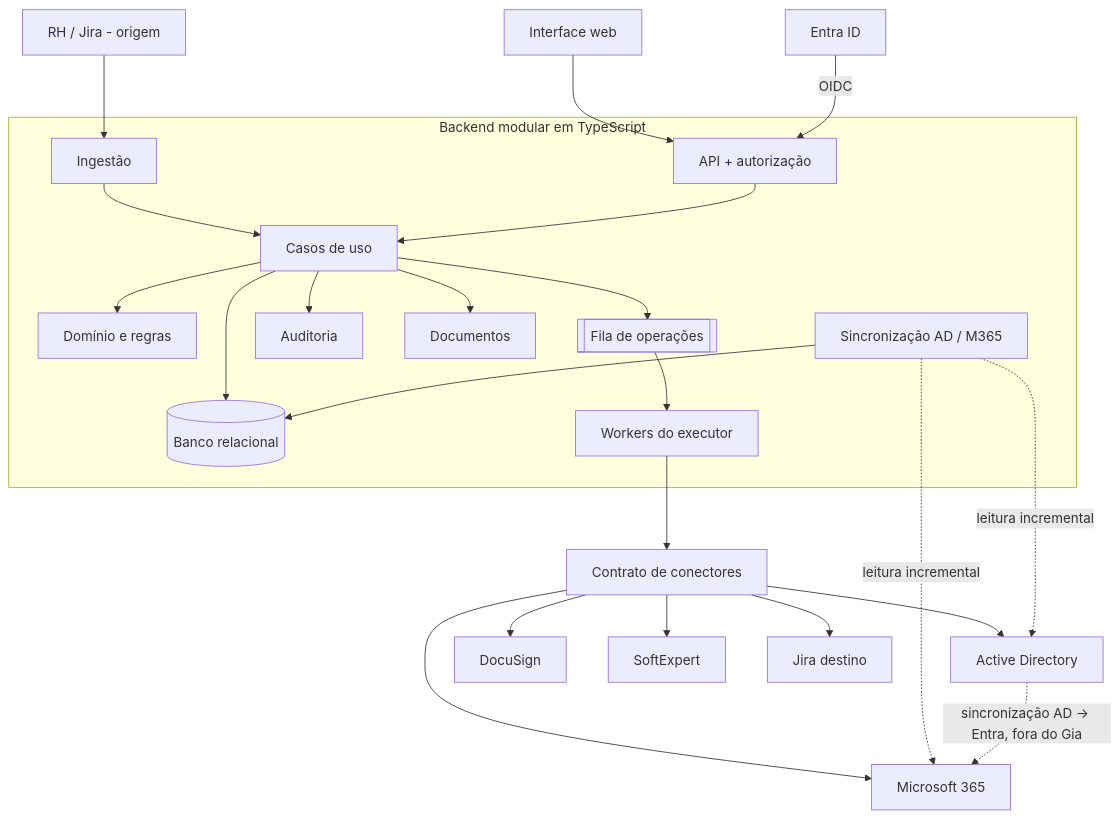
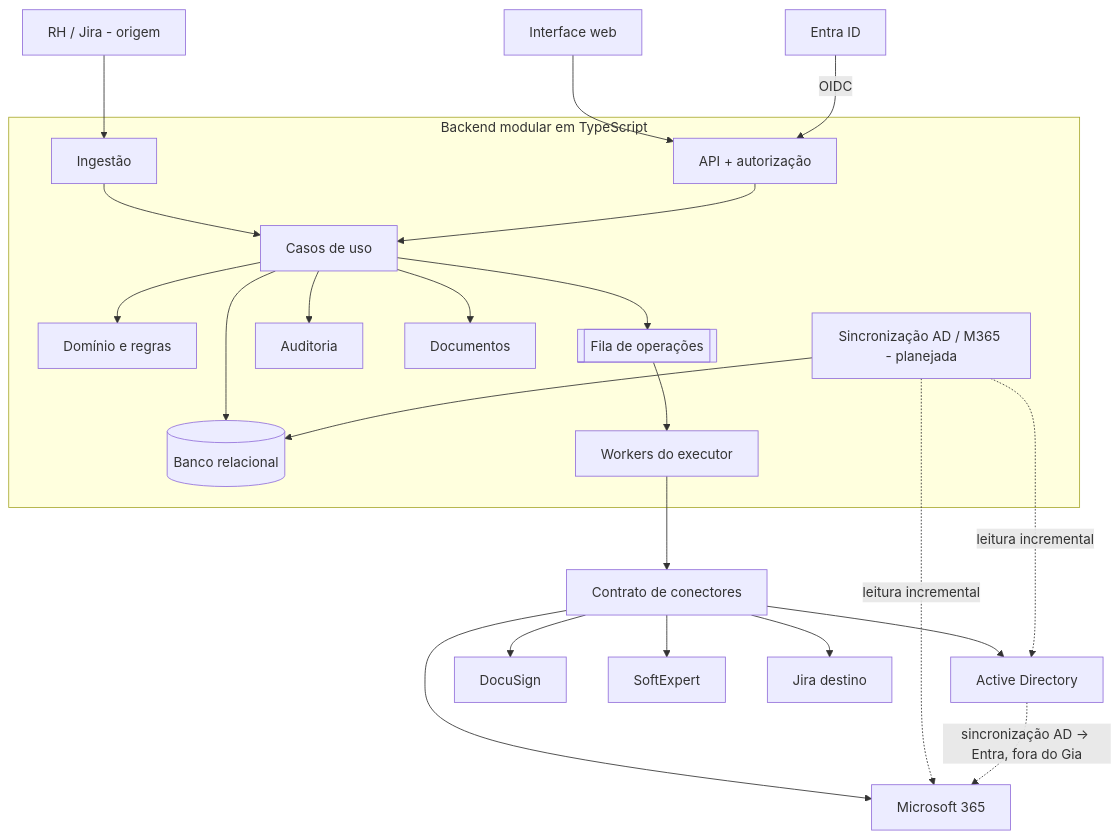
The diagram in docs/gia-estrutura-e-funcionalidades.md (MuriloScouris/GIA---Controle-de-Acessos), drawn with Mermaid before and after one commit. The commit also changed other lines of this file and 1 other file, not shown here.

````diff
--- a/docs/gia-estrutura-e-funcionalidades.md
+++ b/docs/gia-estrutura-e-funcionalidades.md
@@ -63,28 +79,28 @@
 ```mermaid
 flowchart TB
     JIRA[RH / Jira - origem] --> ING[Ingestão]
     UI[Interface web] --> API[API + autorização]
     ENTRA[Entra ID] -- OIDC --> API
 
     subgraph BACKEND[Backend modular em TypeScript]
         ING --> UC[Casos de uso]
         API --> UC
         UC --> DOM[Domínio e regras]
         UC --> DB[(Banco relacional)]
         UC --> FILA[[Fila de operações]]
         UC --> AUD[Auditoria]
         UC --> DOC[Documentos]
         FILA --> EX[Workers do executor]
-        SYNC[Sincronização AD / M365] --> DB
+        SYNC[Sincronização AD / M365 - planejada] --> DB
     end
 
     EX --> CON[Contrato de conectores]
     CON --> AD[Active Directory]
     CON --> M365[Microsoft 365]
     CON --> DS[DocuSign]
     CON --> SE[SoftExpert]
     CON --> JD[Jira destino]
     SYNC -. leitura incremental .-> AD
     SYNC -. leitura incremental .-> M365
     AD -. sincronização AD → Entra, fora do Gia .-> M365
 ```
````
